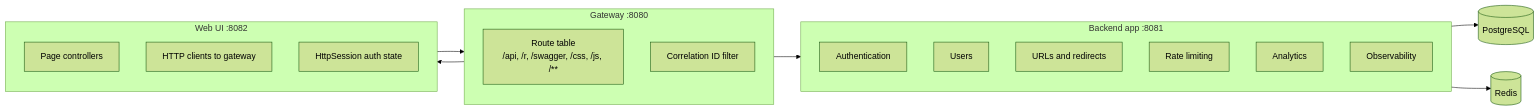
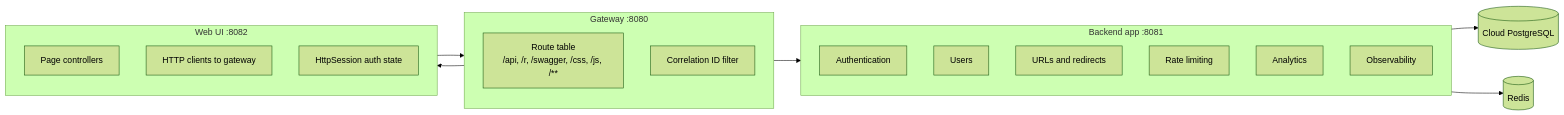
Before and after one commit to SlayerBit/linkflow: the second of 11 diagrams in docs/system-design.md, drawn with Mermaid (forest theme). The commit also changed other lines of this file and 8 other files, not shown here.

Commit message:
feat(infra): migrate PostgreSQL from Docker to Neon

````diff
--- a/docs/system-design.md
+++ b/docs/system-design.md
@@ -72,28 +72,28 @@
 ```mermaid
 flowchart LR
     subgraph GatewayContainer["Gateway :8080"]
         RouteTable["Route table\n/api, /r, /swagger, /css, /js, /**"]
         CorrelationFilter["Correlation ID filter"]
     end
 
     subgraph BackendContainer["Backend app :8081"]
         AuthModule["Authentication"]
         UserModule["Users"]
         UrlModule["URLs and redirects"]
         RateLimitModule["Rate limiting"]
         AnalyticsModule["Analytics"]
         ObservabilityModule["Observability"]
     end
 
     subgraph WebContainer["Web UI :8082"]
         PageControllers["Page controllers"]
         ApiClients["HTTP clients to gateway"]
         HttpSession["HttpSession auth state"]
     end
 
     GatewayContainer --> BackendContainer
     GatewayContainer --> WebContainer
     WebContainer --> GatewayContainer
-    BackendContainer --> PostgreSQL[(PostgreSQL)]
+    BackendContainer --> PostgreSQL[(Cloud PostgreSQL)]
     BackendContainer --> Redis[(Redis)]
 ```
````
